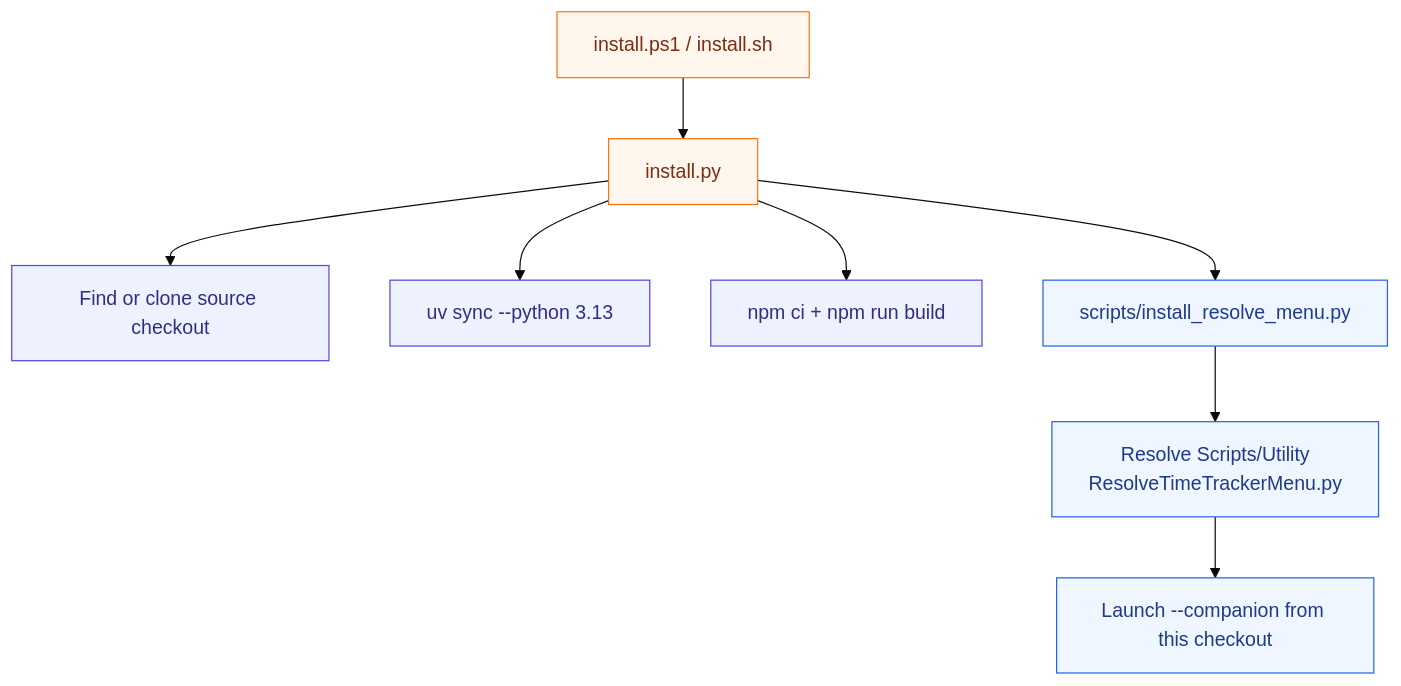
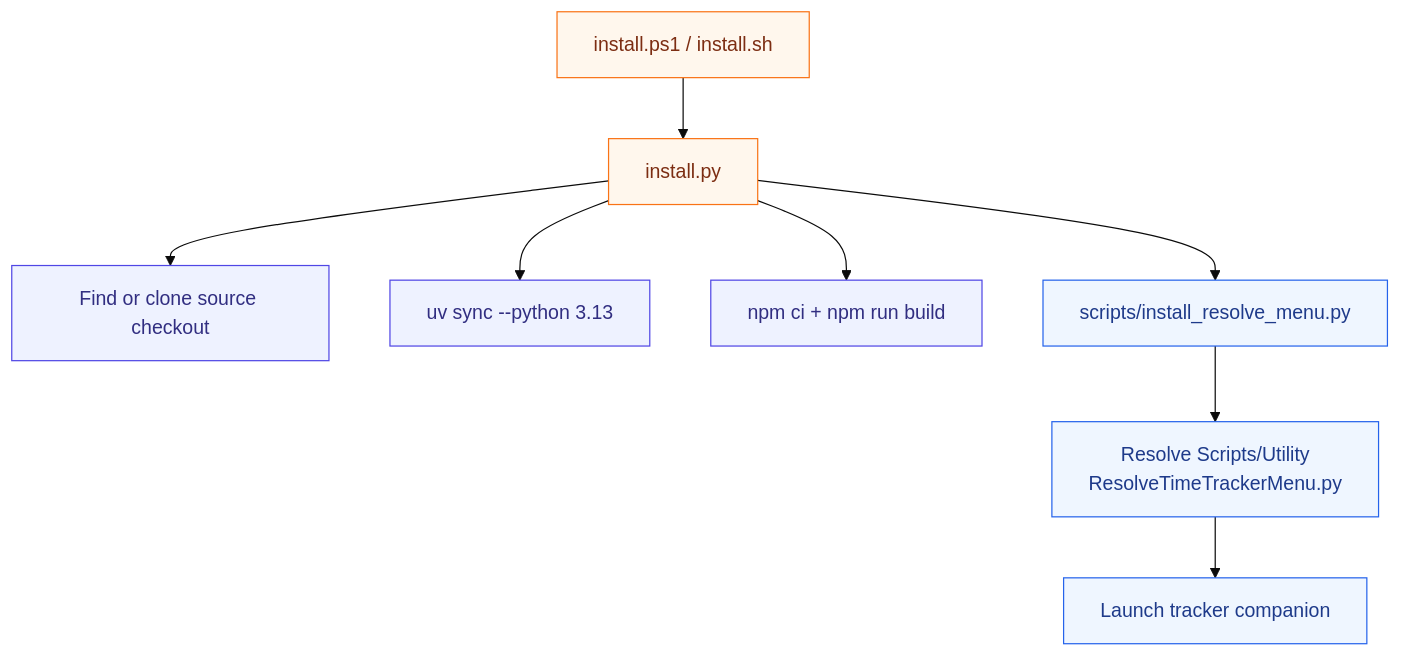
The second of 2 diagrams in README.md (Today20092/Davinci-Resolve-TimeTracker), drawn with Mermaid (base theme) before and after one commit. The commit also changed other lines of this file, not shown here.

Commit message:
docs: improve README architecture diagrams

````diff
--- a/README.md
+++ b/README.md
@@ -166,18 +174,18 @@
 ```mermaid
 flowchart TD
   Install["install.ps1 / install.sh"] --> Installer["install.py"]
   Installer --> Source["Find or clone source checkout"]
   Installer --> Python["uv sync --python 3.13"]
   Installer --> Frontend["npm ci + npm run build"]
   Installer --> MenuInstall["scripts/install_resolve_menu.py"]
   MenuInstall --> Launcher["Resolve Scripts/Utility<br/>ResolveTimeTrackerMenu.py"]
-  Launcher --> Companion["Launch --companion from this checkout"]
+  Launcher --> Companion["Launch tracker companion"]
 
   classDef bootstrap fill:#fff7ed,stroke:#f97316,color:#7c2d12
   classDef setup fill:#eef2ff,stroke:#4f46e5,color:#312e81
   classDef resolve fill:#eff6ff,stroke:#2563eb,color:#1e3a8a
 
   class Install,Installer bootstrap
   class Source,Python,Frontend setup
   class MenuInstall,Launcher,Companion resolve
 ```
````
